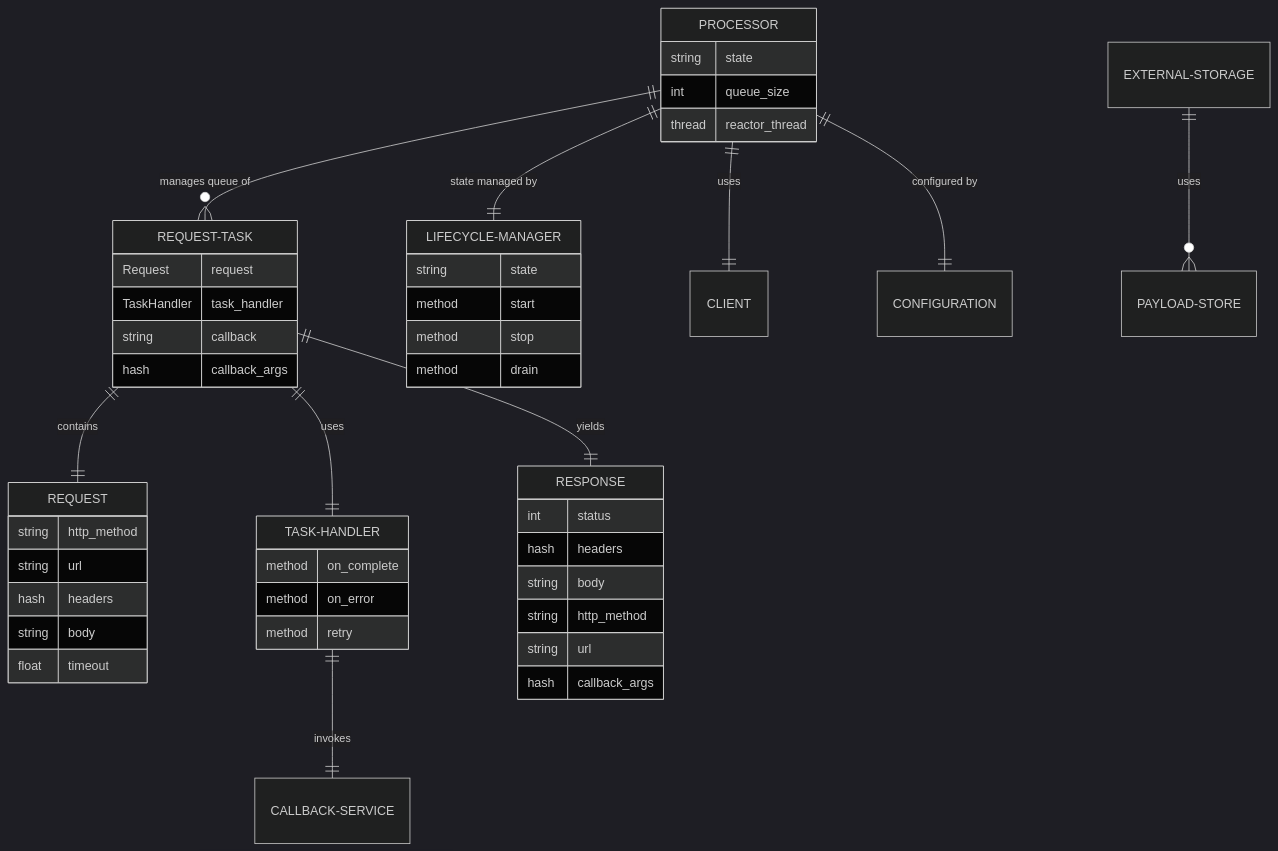
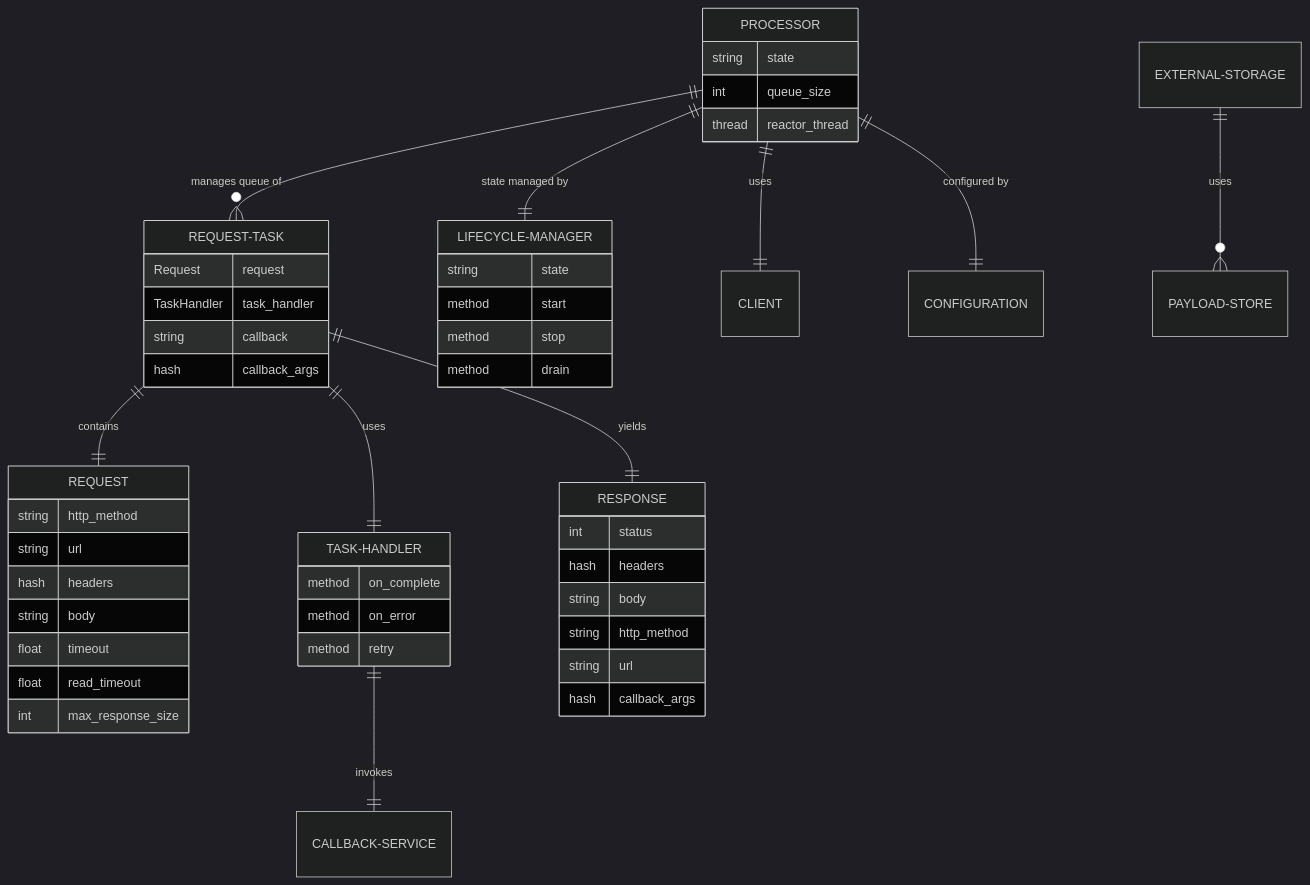
The second of 2 diagrams in ARCHITECTURE.md (bdurand/patient_http), drawn with Mermaid (dark theme) before and after one commit. The commit also changed other lines of this file and 21 other files, not shown here.

First line of the commit message:
add read timeout and per-request max response size

````diff
--- a/ARCHITECTURE.md
+++ b/ARCHITECTURE.md
@@ -182,58 +182,60 @@
 ```mermaid
 erDiagram
     PROCESSOR ||--o{ REQUEST-TASK : "manages queue of"
     PROCESSOR ||--|| LIFECYCLE-MANAGER : "state managed by"
     PROCESSOR ||--|| CLIENT : "uses"
     PROCESSOR ||--|| CONFIGURATION : "configured by"
 
     REQUEST-TASK ||--|| REQUEST : "contains"
     REQUEST-TASK ||--|| TASK-HANDLER : "uses"
     REQUEST-TASK ||--|| RESPONSE : "yields"
 
     TASK-HANDLER ||--|| CALLBACK-SERVICE : "invokes"
 
     EXTERNAL-STORAGE ||--o{ PAYLOAD-STORE : "uses"
 
     PROCESSOR {
         string state
         int queue_size
         thread reactor_thread
     }
 
     REQUEST {
         string http_method
         string url
         hash headers
         string body
         float timeout
+        float read_timeout
+        int max_response_size
     }
 
     REQUEST-TASK {
         Request request
         TaskHandler task_handler
         string callback
         hash callback_args
     }
 
     RESPONSE {
         int status
         hash headers
         string body
         string http_method
         string url
         hash callback_args
     }
 
     TASK-HANDLER {
         method on_complete
         method on_error
         method retry
     }
 
     LIFECYCLE-MANAGER {
         string state
         method start
         method stop
         method drain
     }
 ```
````
